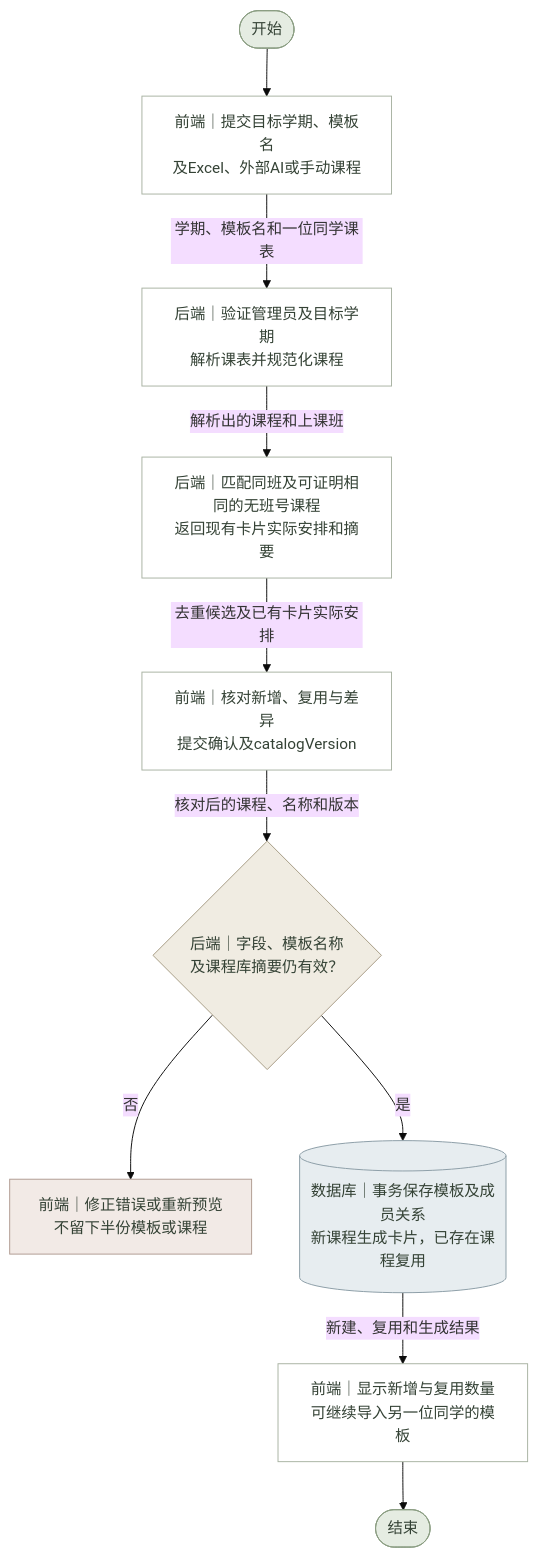
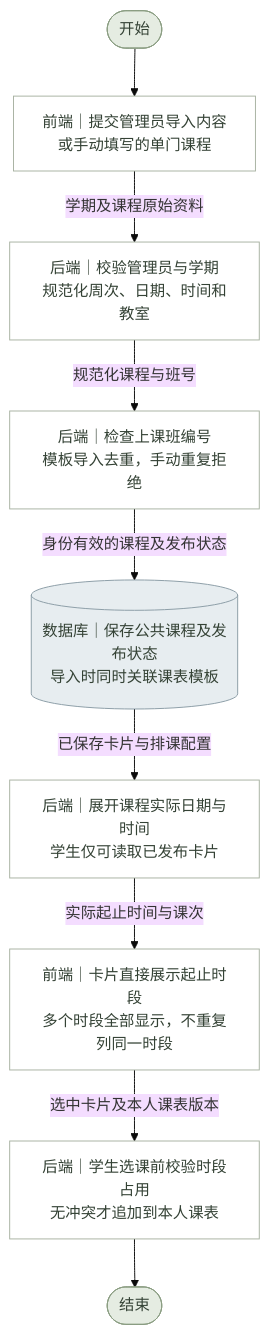
One commit to lichen-lc123/class-assistant changed the diagram in 需求文档/课表功能/流程图源文件/系统流程图/管理员课程上传与卡片生成.mmd. Above: the diagram before and after it, drawn with Mermaid (base theme). The commit also changed 101 other files, not shown here.

```diff
--- a/需求文档/课表功能/流程图源文件/系统流程图/管理员课程上传与卡片生成.mmd
+++ b/需求文档/课表功能/流程图源文件/系统流程图/管理员课程上传与卡片生成.mmd
@@ -1,36 +1,33 @@
 %% 管理员课程上传与卡片生成 · 系统流程图 · V1.0 · 2026-11-02
 flowchart TD
     N0(["开始"])
-    N1["前端｜提交目标学期、模板名<br/>及Excel、外部AI或手动课程"]
-    N2["后端｜验证管理员及目标学期<br/>解析课表并规范化课程"]
-    N3["后端｜匹配同班及可证明相同的无班号课程<br/>返回现有卡片实际安排和摘要"]
-    N4["前端｜核对新增、复用与差异<br/>提交确认及catalogVersion"]
-    N5{"后端｜字段、模板名称<br/>及课程库摘要仍有效？"}
-    B5["前端｜修正错误或重新预览<br/>不留下半份模板或课程"]
-    N6[("数据库｜事务保存模板及成员关系<br/>新课程生成卡片，已存在课程复用")]
-    N7["前端｜显示新增与复用数量<br/>可继续导入另一位同学的模板"]
+    N1["前端｜提交管理员导入内容<br/>或手动填写的单门课程"]
+    N2["后端｜校验管理员与学期<br/>规范化周次、日期、时间和教室"]
+    N3["后端｜检查上课班编号<br/>模板导入去重，手动重复拒绝"]
+    N4[("数据库｜保存公共课程及发布状态<br/>导入时同时关联课表模板")]
+    N5["后端｜展开课程实际日期与时间<br/>学生仅可读取已发布卡片"]
+    N6["前端｜卡片直接展示起止时段<br/>多个时段全部显示，不重复列同一时段"]
+    N7["后端｜学生选课前校验时段占用<br/>无冲突才追加到本人课表"]
     N8(["结束"])
     N0 --> N1
-    N1 -->|学期、模板名和一位同学课表| N2
-    N2 -->|解析出的课程和上课班| N3
-    N3 -->|去重候选及已有卡片实际安排| N4
-    N4 -->|核对后的课程、名称和版本| N5
-    N5 -->|否| B5
-    N5 -->|是| N6
-    N6 -->|新建、复用和生成结果| N7
+    N1 -->|学期及课程原始资料| N2
+    N2 -->|规范化课程与班号| N3
+    N3 -->|身份有效的课程及发布状态| N4
+    N4 -->|已保存卡片与排课配置| N5
+    N5 -->|实际起止时间与课次| N6
+    N6 -->|选中卡片及本人课表版本| N7
     N7 --> N8
     classDef normal fill:#FFFFFF,stroke:#A8B2A2,color:#344235;
     classDef decision fill:#F0ECE2,stroke:#A69B83,color:#344235;
     classDef terminal fill:#E5ECE2,stroke:#8A9D82,color:#344235;
     classDef exception fill:#F2EAE6,stroke:#B09B91,color:#344235;
     classDef database fill:#E7EDF0,stroke:#8A9CA6,color:#344235;
     class N0 terminal;
     class N1 normal;
     class N2 normal;
     class N3 normal;
-    class N4 normal;
-    class N5 decision;
-    class B5 exception;
-    class N6 database;
+    class N4 database;
+    class N5 normal;
+    class N6 normal;
     class N7 normal;
     class N8 terminal;
```
